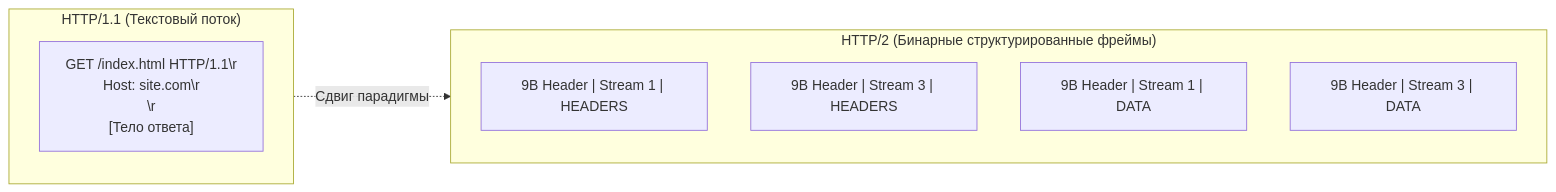
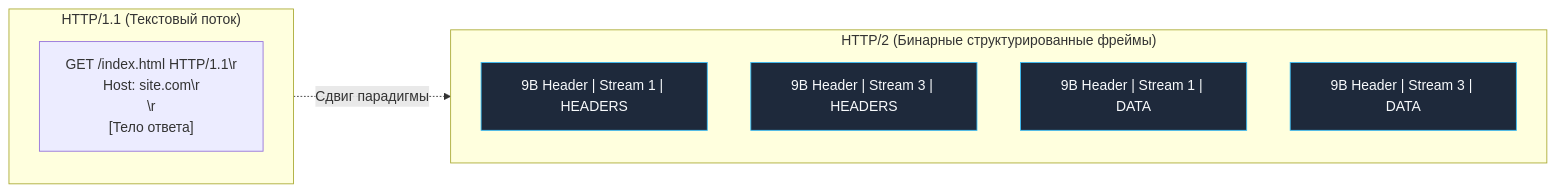
The first of 5 diagrams in sources/3. Компьютерные сети и сетевой стек/22. HTTP 2. Multiplexing, Frames, HPACK.md (UnrealTemplier/go-textbook), drawn with Mermaid before and after one commit. The commit also changed other lines of this file and 1666 other files, not shown here.

First line of the commit message:
feat(mermaid): add semantic color classDef to 1369 colorless flowchart/graph diagrams

````diff
--- a/sources/3. Компьютерные сети и сетевой стек/22. HTTP 2. Multiplexing, Frames, HPACK.md
+++ b/sources/3. Компьютерные сети и сетевой стек/22. HTTP 2. Multiplexing, Frames, HPACK.md
@@ -14,15 +14,25 @@
 ```mermaid
 flowchart LR
+    classDef process  fill:#1e293b,stroke:#38bdf8,stroke-width:1px,color:#f8fafc
+    classDef success  fill:#064e3b,stroke:#34d399,stroke-width:1px,color:#f8fafc
+    classDef error    fill:#7f1d1d,stroke:#f87171,stroke-width:1px,color:#f8fafc
+    classDef warning  fill:#78350f,stroke:#fbbf24,stroke-width:1px,color:#f8fafc
+    classDef entry    fill:#1e3a5f,stroke:#38bdf8,stroke-width:2px,color:#f8fafc
+    classDef aux      fill:#334155,stroke:#64748b,stroke-width:1px,color:#f8fafc
+    classDef system   fill:#312e81,stroke:#a78bfa,stroke-width:1px,color:#f8fafc
+    classDef data     fill:#132d29,stroke:#2dd4bf,stroke-width:1px,color:#f8fafc
+    classDef network  fill:#881337,stroke:#fb7185,stroke-width:1px,color:#f8fafc
+    classDef accent   fill:#1e1b4b,stroke:#818cf8,stroke-width:1px,color:#f8fafc
     subgraph HTTP1 ["HTTP/1.1 (Текстовый поток)"]
         H1["GET /index.html HTTP/1.1\r\nHost: site.com\r\n\r\n[Тело ответа]"]
     end
 
     subgraph HTTP2 ["HTTP/2 (Бинарные структурированные фреймы)"]
-        F1["9B Header | Stream 1 | HEADERS"]
-        F2["9B Header | Stream 3 | HEADERS"]
-        F3["9B Header | Stream 1 | DATA"]
-        F4["9B Header | Stream 3 | DATA"]
+        F1["9B Header | Stream 1 | HEADERS"]:::process
+        F2["9B Header | Stream 3 | HEADERS"]:::process
+        F3["9B Header | Stream 1 | DATA"]:::process
+        F4["9B Header | Stream 3 | DATA"]:::process
     end
 
     HTTP1 -.->|"Сдвиг парадигмы"| HTTP2
 ```
````
